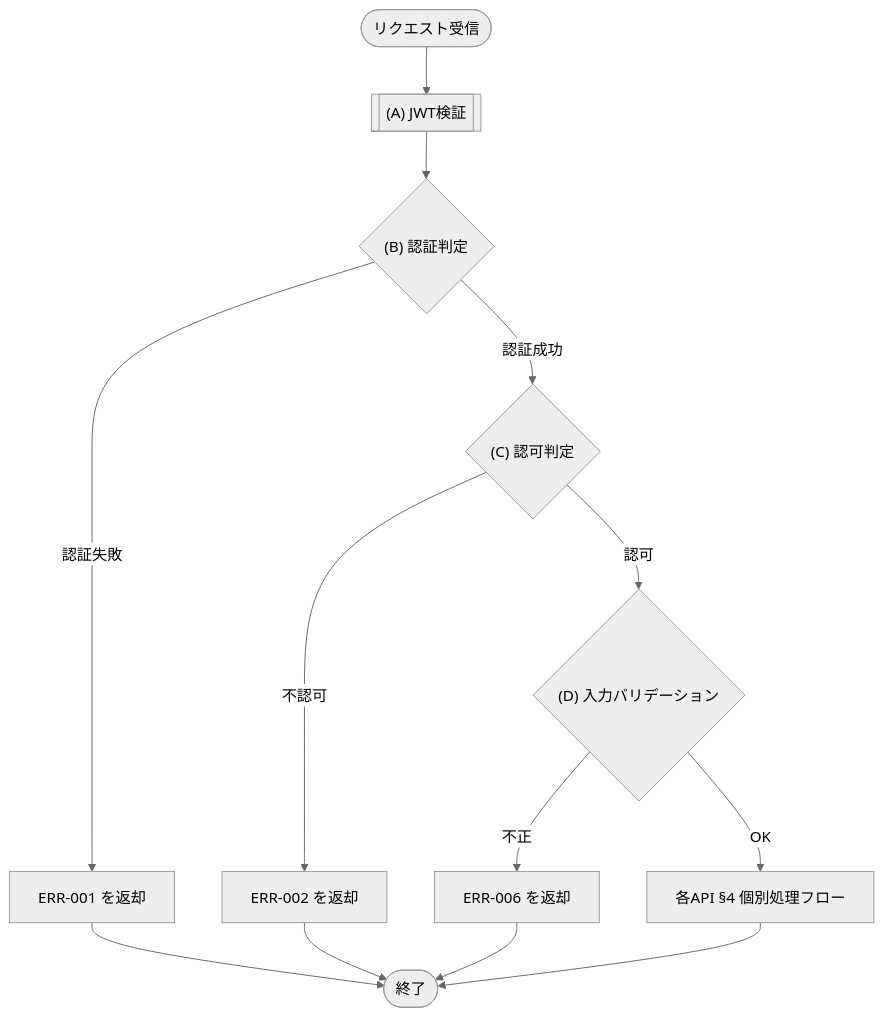
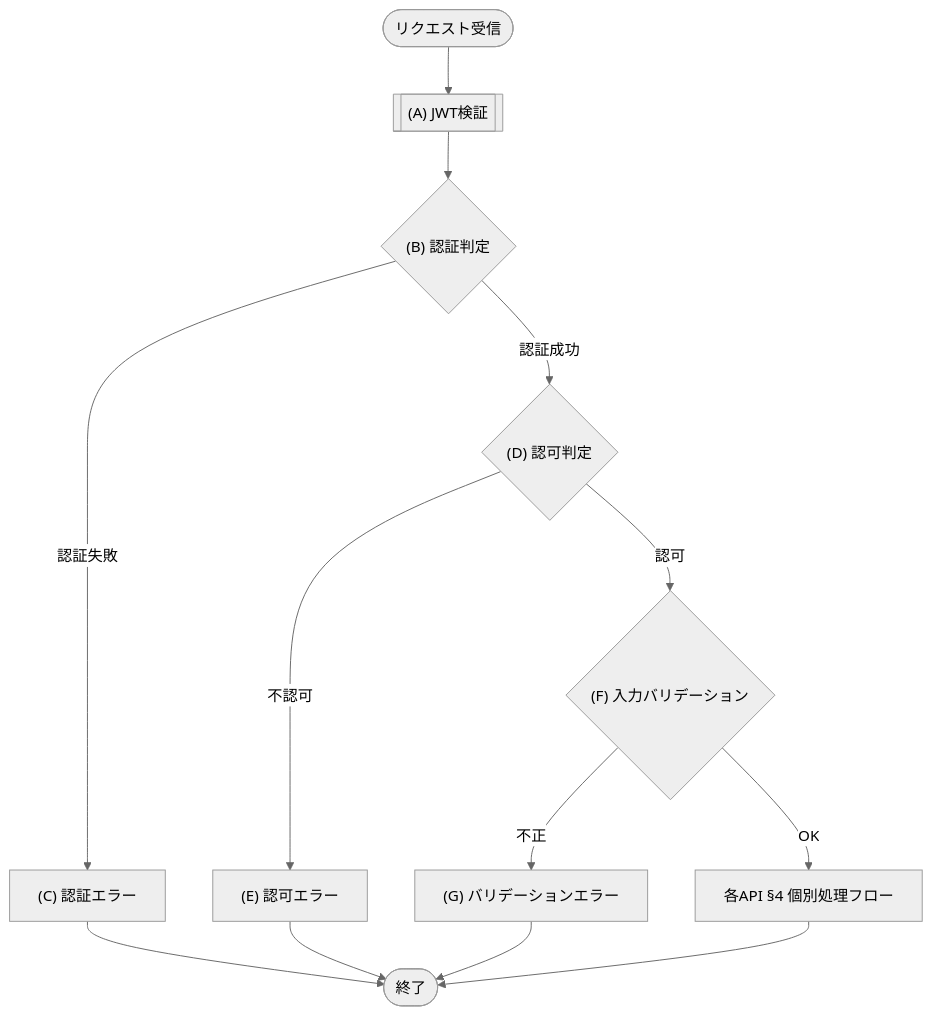
Before and after one commit to sikakou54/system-document-template: the diagram in docs/03_機能設計/03_API設計/API-COM_共通設計.md, drawn with Mermaid (neutral theme). The commit also changed other lines of this file and 32 other files, not shown here.

````diff
--- a/docs/03_機能設計/03_API設計/API-COM_共通設計.md
+++ b/docs/03_機能設計/03_API設計/API-COM_共通設計.md
@@ -99,18 +99,21 @@
 ```mermaid
 flowchart TD
   Start([リクエスト受信])
   P1[["(A) JWT検証"]]
   D1{"(B) 認証判定"}
-  D2{"(C) 認可判定"}
-  D3{"(D) 入力バリデーション"}
+  E1["(C) 認証エラー"]
+  D2{"(D) 認可判定"}
+  E2["(E) 認可エラー"]
+  D3{"(F) 入力バリデーション"}
+  E6["(G) バリデーションエラー"]
   Body["各API §4 個別処理フロー"]
   End([終了])
 
   Start --> P1 --> D1
-  D1 -- "認証失敗" --> E1["ERR-001 を返却"] --> End
+  D1 -- "認証失敗" --> E1 --> End
   D1 -- "認証成功" --> D2
-  D2 -- "不認可" --> E2["ERR-002 を返却"] --> End
+  D2 -- "不認可" --> E2 --> End
   D2 -- "認可" --> D3
-  D3 -- "不正" --> E6["ERR-006 を返却"] --> End
+  D3 -- "不正" --> E6 --> End
   D3 -- "OK" --> Body --> End
 ```
````
